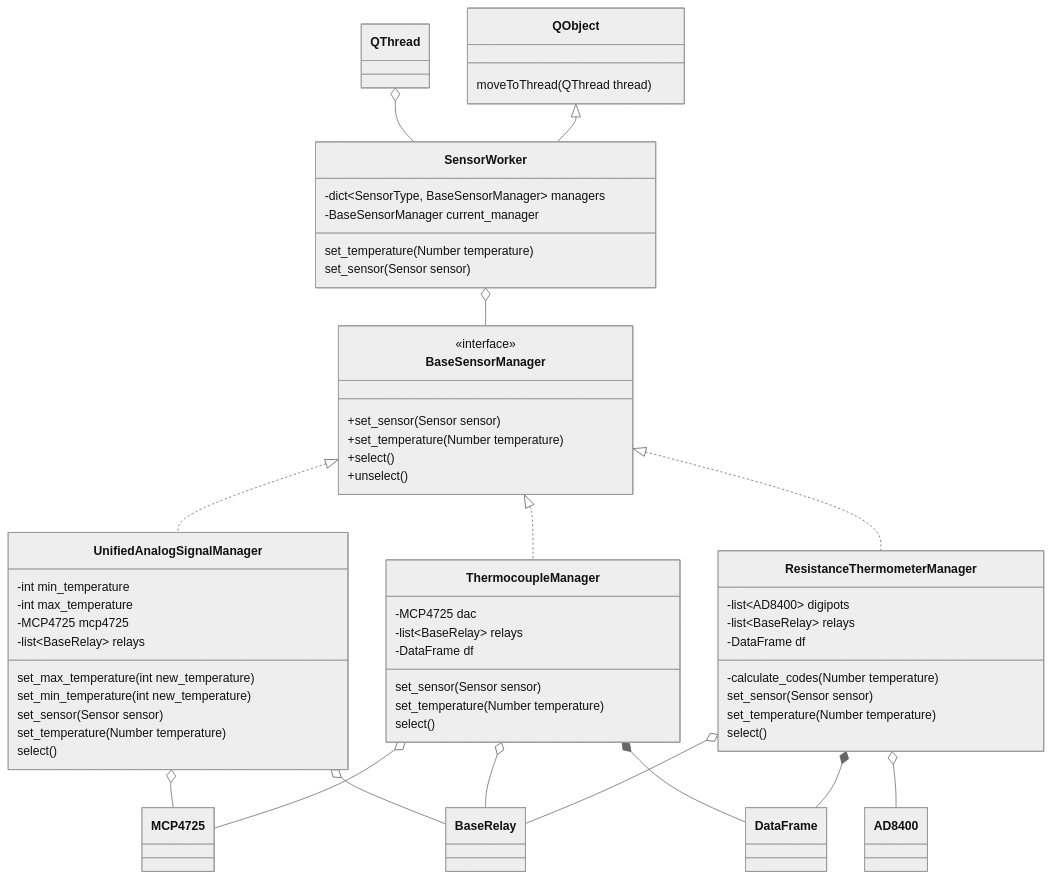
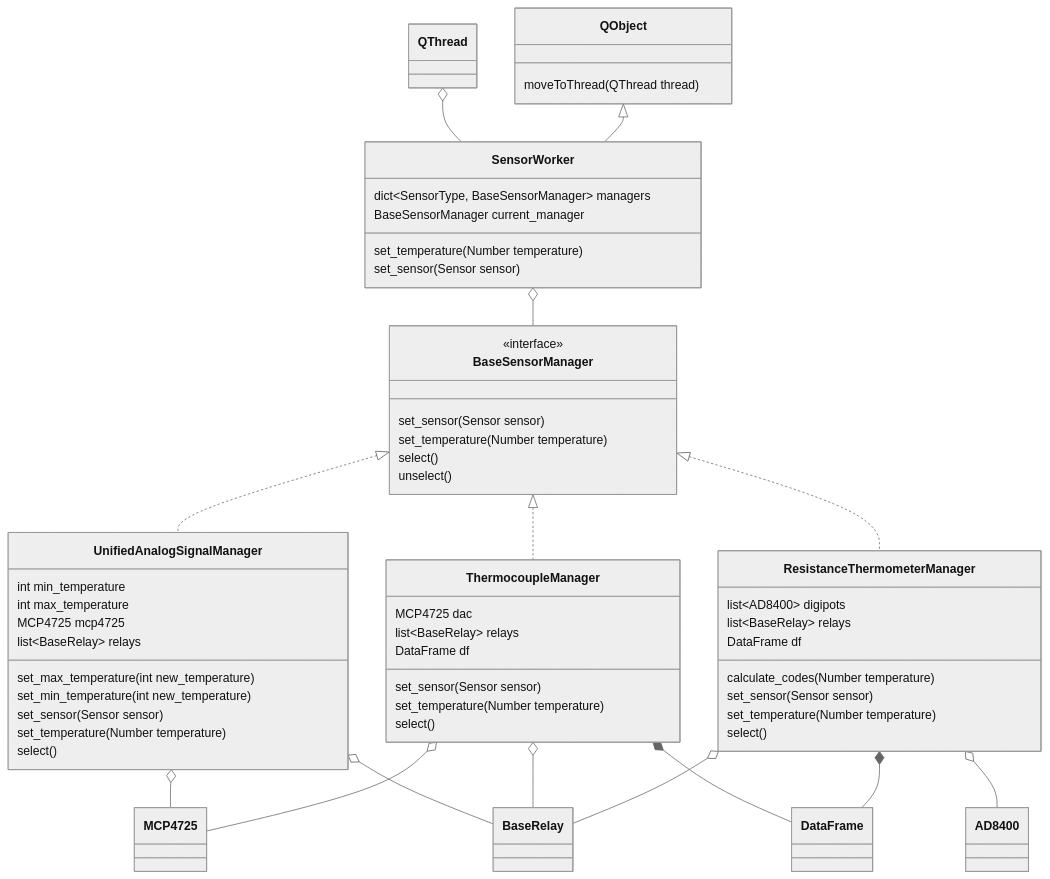
One commit to Marik28/dissertation changed the third of 7 diagrams in data/diagrams/диаграмма классов.md. Above: the diagram before and after it, drawn with Mermaid (neutral theme). The commit also changed other lines of this file and 8 other files, not shown here.

````diff
--- a/data/diagrams/диаграмма классов.md
+++ b/data/diagrams/диаграмма классов.md
@@ -148,67 +148,67 @@
 ```mermaid
 classDiagram
 
     class SensorWorker {
-        -dict~SensorType, BaseSensorManager~ managers 
-        -BaseSensorManager current_manager 
+        dict~SensorType, BaseSensorManager~ managers 
+        BaseSensorManager current_manager 
         set_temperature(Number temperature)
         set_sensor(Sensor sensor)
     }
     
     class QObject {
         moveToThread(QThread thread)
     }
     
     class BaseSensorManager {
         <<interface>>
-        +set_sensor(Sensor sensor)
-        +set_temperature(Number temperature)
-        +select()
-        +unselect()   
+        set_sensor(Sensor sensor)
+        set_temperature(Number temperature)
+        select()
+        unselect()   
     }
     
     class UnifiedAnalogSignalManager {
-        -int min_temperature 
-        -int max_temperature
-        -MCP4725 mcp4725 
-        -list~BaseRelay~ relays
+        int min_temperature 
+        int max_temperature
+        MCP4725 mcp4725 
+        list~BaseRelay~ relays
         set_max_temperature(int new_temperature)
         set_min_temperature(int new_temperature)
         set_sensor(Sensor sensor)
         set_temperature(Number temperature)
         select()
     }
     
     class ResistanceThermometerManager {
-        -list~AD8400~ digipots
-        -list~BaseRelay~ relays
-        -DataFrame df
-        -calculate_codes(Number temperature)
+        list~AD8400~ digipots
+        list~BaseRelay~ relays
+        DataFrame df
+        calculate_codes(Number temperature)
         set_sensor(Sensor sensor)
         set_temperature(Number temperature)
         select()
     }
     class ThermocoupleManager {
-        -MCP4725 dac
-        -list~BaseRelay~ relays
-        -DataFrame df
+        MCP4725 dac
+        list~BaseRelay~ relays
+        DataFrame df
         set_sensor(Sensor sensor)
         set_temperature(Number temperature)
         select()
     }
   
     QObject <|-- SensorWorker
     QThread o-- SensorWorker
     SensorWorker o-- BaseSensorManager
     BaseSensorManager <|.. UnifiedAnalogSignalManager
     BaseSensorManager <|.. ResistanceThermometerManager
     BaseSensorManager <|.. ThermocoupleManager
     ResistanceThermometerManager o-- BaseRelay
     ResistanceThermometerManager *-- DataFrame
     ThermocoupleManager *-- DataFrame
     ThermocoupleManager o-- MCP4725
     ThermocoupleManager o-- BaseRelay
     UnifiedAnalogSignalManager o-- MCP4725
     UnifiedAnalogSignalManager o-- BaseRelay
     ResistanceThermometerManager o-- AD8400
 ```
````
